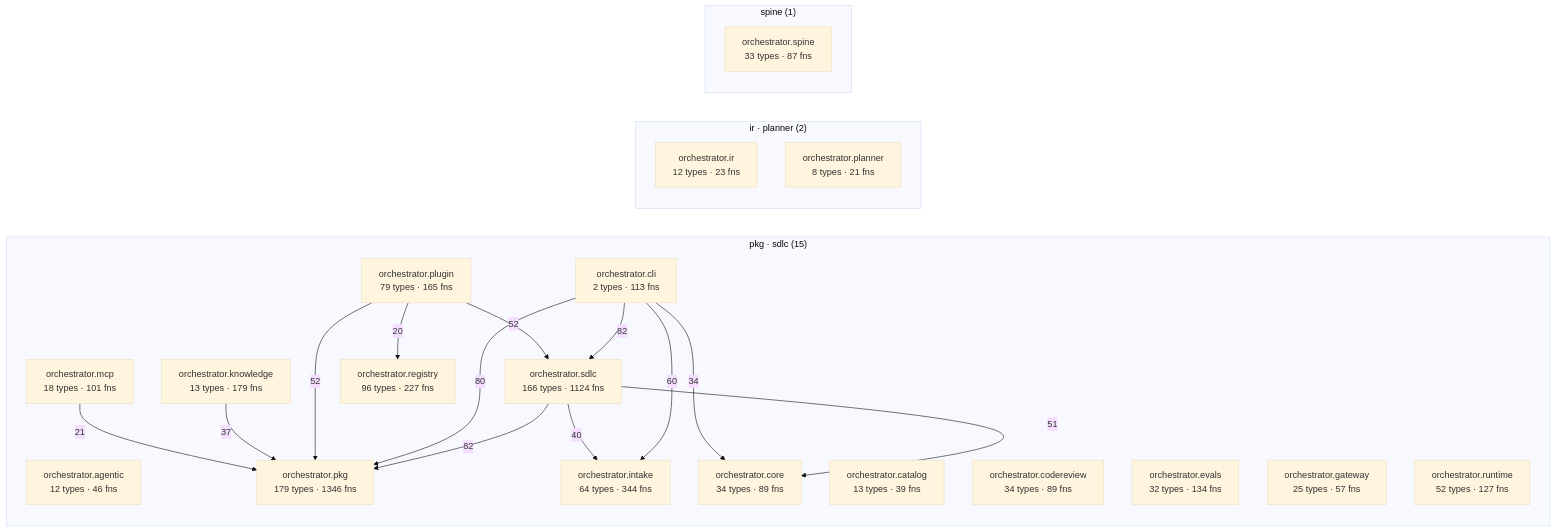
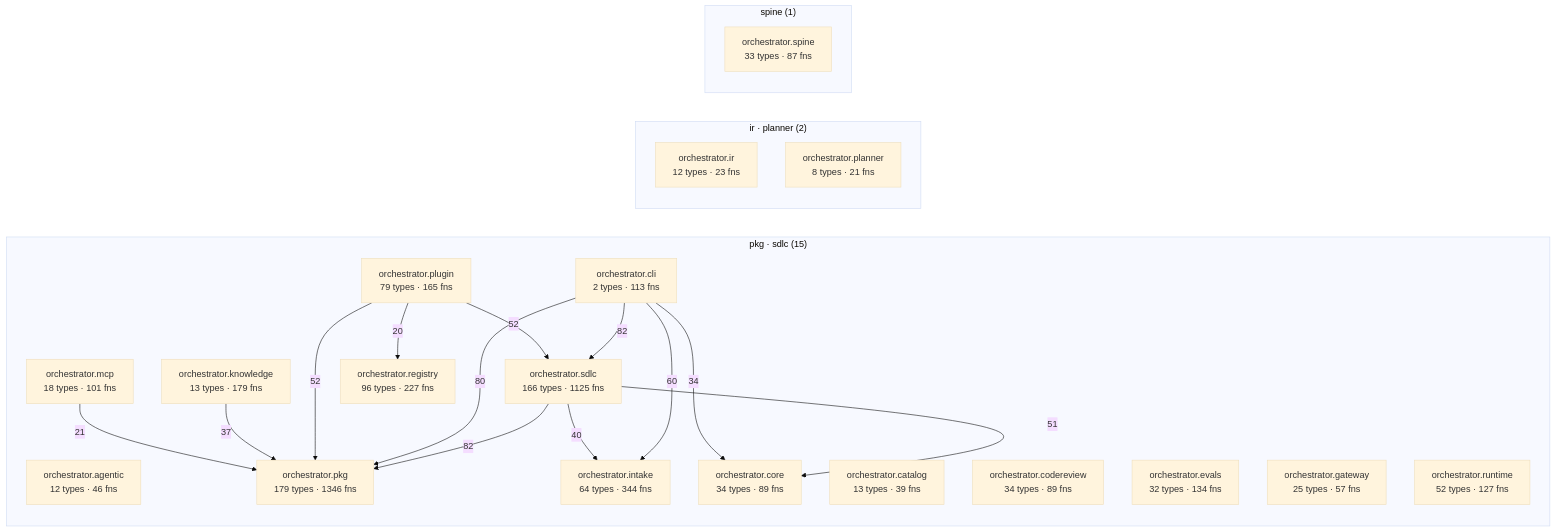
One commit to synaptixs/spine changed the diagram in episteme/architecture.md. Above: the diagram before and after it, drawn with Mermaid (base theme). The commit also changed other lines of this file and 8 other files, not shown here.

````diff
--- a/episteme/architecture.md
+++ b/episteme/architecture.md
@@ -56,39 +56,39 @@
 ```mermaid
 flowchart LR
   subgraph c_2["pkg · sdlc (15)"]
     aorchestratoragentic["orchestrator.agentic<br/>12 types · 46 fns"]
     aorchestratorcatalog["orchestrator.catalog<br/>13 types · 39 fns"]
     aorchestratorcli["orchestrator.cli<br/>2 types · 113 fns"]
     aorchestratorcodereview["orchestrator.codereview<br/>34 types · 89 fns"]
     aorchestratorcore["orchestrator.core<br/>34 types · 89 fns"]
     aorchestratorevals["orchestrator.evals<br/>32 types · 134 fns"]
     aorchestratorgateway["orchestrator.gateway<br/>25 types · 57 fns"]
     aorchestratorintake["orchestrator.intake<br/>64 types · 344 fns"]
     aorchestratorknowledge["orchestrator.knowledge<br/>13 types · 179 fns"]
     aorchestratormcp["orchestrator.mcp<br/>18 types · 101 fns"]
     aorchestratorpkg["orchestrator.pkg<br/>179 types · 1346 fns"]
     aorchestratorplugin["orchestrator.plugin<br/>79 types · 165 fns"]
     aorchestratorregistry["orchestrator.registry<br/>96 types · 227 fns"]
     aorchestratorruntime["orchestrator.runtime<br/>52 types · 127 fns"]
-    aorchestratorsdlc["orchestrator.sdlc<br/>166 types · 1124 fns"]
+    aorchestratorsdlc["orchestrator.sdlc<br/>166 types · 1125 fns"]
   end
   subgraph c_5["ir · planner (2)"]
     aorchestratorir["orchestrator.ir<br/>12 types · 23 fns"]
     aorchestratorplanner["orchestrator.planner<br/>8 types · 21 fns"]
   end
   subgraph c_10["spine (1)"]
     aorchestratorspine["orchestrator.spine<br/>33 types · 87 fns"]
   end
   aorchestratorcli -->|82| aorchestratorsdlc
   aorchestratorsdlc -->|82| aorchestratorpkg
   aorchestratorcli -->|80| aorchestratorpkg
   aorchestratorcli -->|60| aorchestratorintake
   aorchestratorplugin -->|52| aorchestratorpkg
   aorchestratorplugin -->|52| aorchestratorsdlc
   aorchestratorsdlc -->|51| aorchestratorcore
   aorchestratorsdlc -->|40| aorchestratorintake
   aorchestratorknowledge -->|37| aorchestratorpkg
   aorchestratorcli -->|34| aorchestratorcore
   aorchestratormcp -->|21| aorchestratorpkg
   aorchestratorplugin -->|20| aorchestratorregistry
 ```
````
